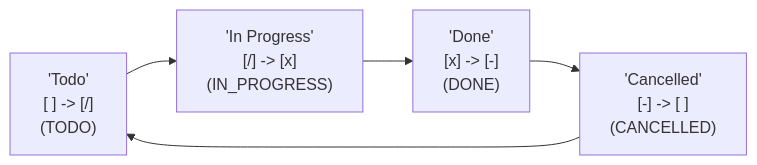
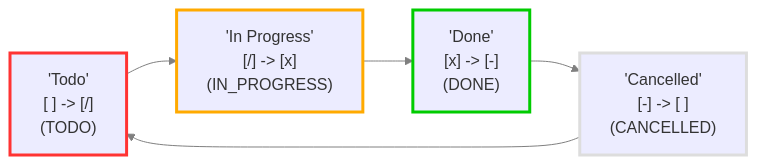
One commit to obsidian-tasks-group/obsidian-tasks changed the second of 3 diagrams in docs/Getting Started/Statuses/Recurring Tasks and Custom Statuses.md. Above: the diagram before and after it, drawn with Mermaid. The commit also changed other lines of this file and 1 other file, not shown here.

Commit message:
docs: Show Status Type as coloured edges in Status Diagrams

````diff
--- a/docs/Getting Started/Statuses/Recurring Tasks and Custom Statuses.md
+++ b/docs/Getting Started/Statuses/Recurring Tasks and Custom Statuses.md
@@ -108,11 +117,20 @@
 ```mermaid
 flowchart LR
-1["'Todo'<br>[ ] -> [/]<br>(TODO)"]
-2["'Done'<br>[x] -> [-]<br>(DONE)"]
-3["'In Progress'<br>[/] -> [x]<br>(IN_PROGRESS)"]
-4["'Cancelled'<br>[-] -> [ ]<br>(CANCELLED)"]
+
+classDef TODO        stroke:#f33,stroke-width:3px;
+classDef DONE        stroke:#0c0,stroke-width:3px;
+classDef IN_PROGRESS stroke:#fa0,stroke-width:3px;
+classDef CANCELLED   stroke:#ddd,stroke-width:3px;
+classDef NON_TASK    stroke:#99e,stroke-width:3px;
+
+1["'Todo'<br>[ ] -> [/]<br>(TODO)"]:::TODO
+2["'Done'<br>[x] -> [-]<br>(DONE)"]:::DONE
+3["'In Progress'<br>[/] -> [x]<br>(IN_PROGRESS)"]:::IN_PROGRESS
+4["'Cancelled'<br>[-] -> [ ]<br>(CANCELLED)"]:::CANCELLED
 1 --> 3
 2 --> 4
 3 --> 2
 4 --> 1
+
+linkStyle default stroke:gray
 ```
````
